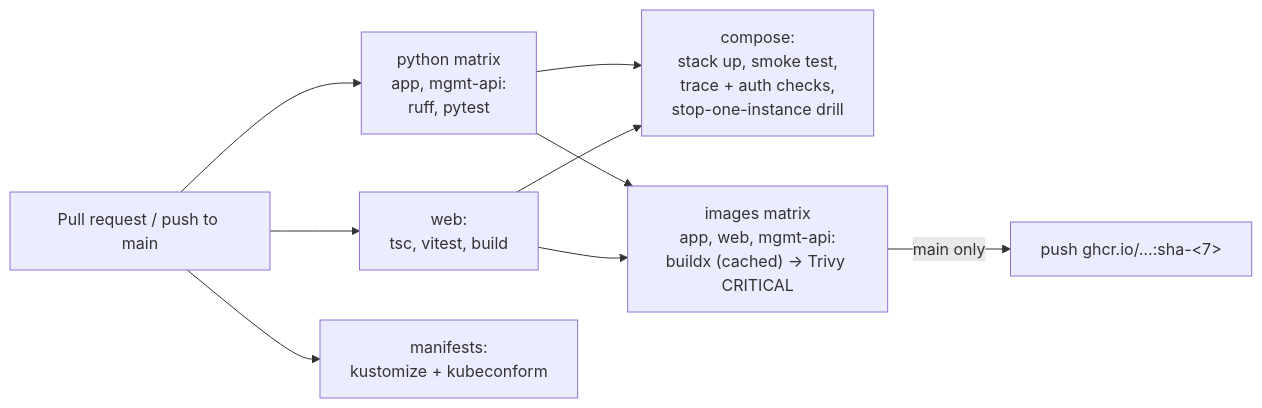
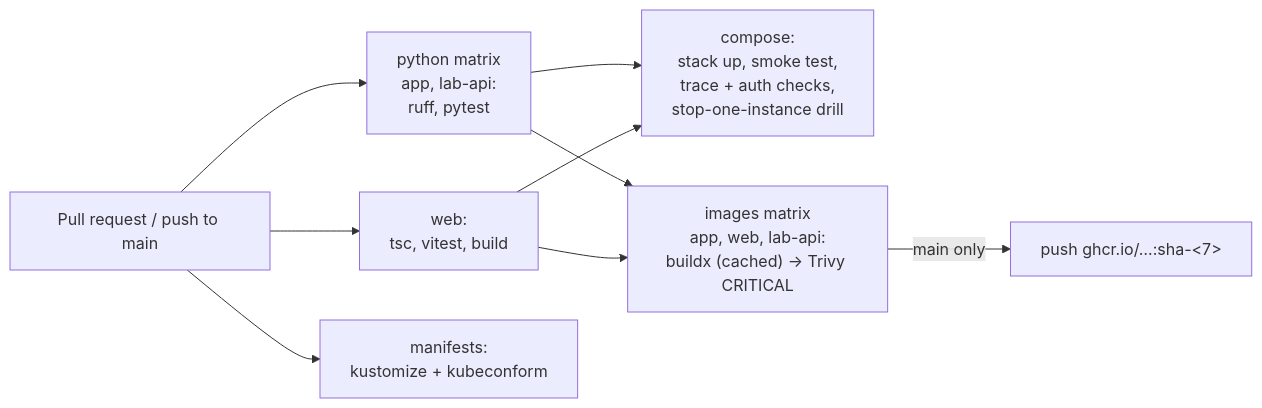
Before and after one commit to Sreerajraveendran/incidentlab: the sixth of 6 diagrams in docs/ARCHITECTURE.md, drawn with Mermaid. The commit also changed other lines of this file and 42 other files, not shown here.

````diff
--- a/docs/ARCHITECTURE.md
+++ b/docs/ARCHITECTURE.md
@@ -522,9 +561,9 @@
 ```mermaid
 flowchart LR
-  PR["Pull request / push to main"] --> PY["python matrix<br/>app, mgmt-api:<br/>ruff, pytest"]
+  PR["Pull request / push to main"] --> PY["python matrix<br/>app, lab-api:<br/>ruff, pytest"]
   PR --> WEB["web:<br/>tsc, vitest, build"]
   PR --> MAN["manifests:<br/>kustomize + kubeconform"]
   PY & WEB --> CMP["compose:<br/>stack up, smoke test,<br/>trace + auth checks,<br/>stop-one-instance drill"]
-  PY & WEB --> IMG["images matrix<br/>app, web, mgmt-api:<br/>buildx (cached) → Trivy CRITICAL"]
+  PY & WEB --> IMG["images matrix<br/>app, web, lab-api:<br/>buildx (cached) → Trivy CRITICAL"]
   IMG -->|"main only"| GHCR["push ghcr.io/…:sha-&lt;7&gt;"]
 ```
````
